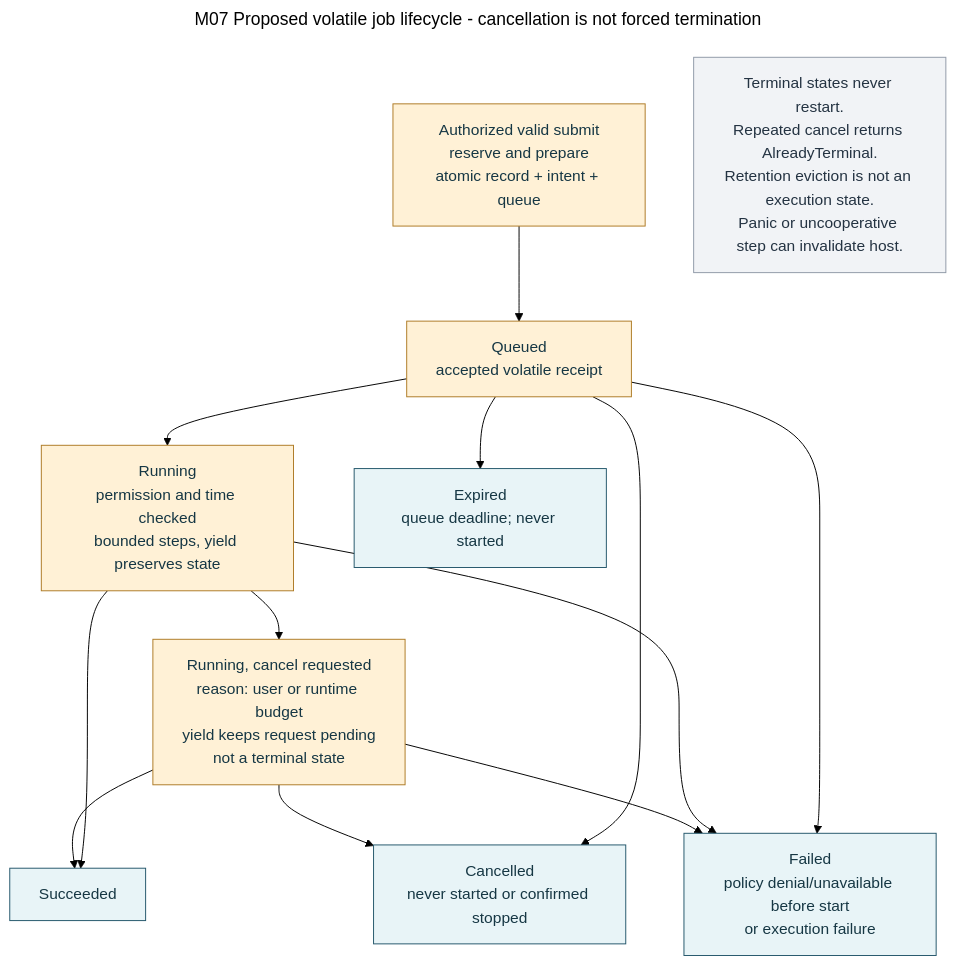
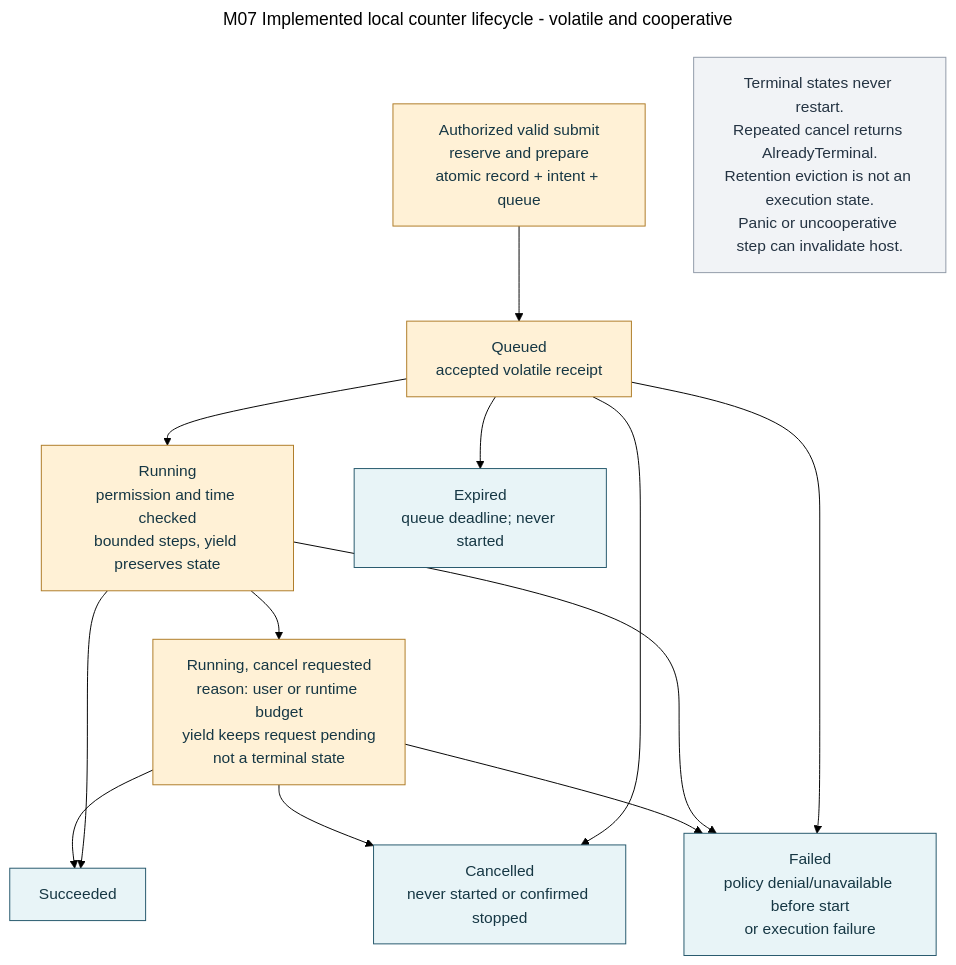
The diagram in docs/architecture/diagrams/mermaid/m07-job-lifecycle.mmd (roachmaster/homelab), drawn with Mermaid (forest theme) before and after one commit. The commit also changed 37 other files, not shown here.

Commit message:
Implement bounded local cooperative jobs through typed shared ingress

```diff
--- a/docs/architecture/diagrams/mermaid/m07-job-lifecycle.mmd
+++ b/docs/architecture/diagrams/mermaid/m07-job-lifecycle.mmd
@@ -1,30 +1,30 @@
 ---
-title: M07 Proposed volatile job lifecycle - cancellation is not forced termination
+title: M07 Implemented local counter lifecycle - volatile and cooperative
 ---
 flowchart TB
     Submit["Authorized valid submit\nreserve and prepare\natomic record + intent + queue"]
     Queued["Queued\naccepted volatile receipt"]
     Running["Running\npermission and time checked\nbounded steps, yield preserves state"]
     Requested["Running, cancel requested\nreason: user or runtime budget\nyield keeps request pending\nnot a terminal state"]
     Success["Succeeded"]
     Failed["Failed\npolicy denial/unavailable before start\nor execution failure"]
     Cancelled["Cancelled\nnever started or confirmed stopped"]
     Expired["Expired\nqueue deadline; never started"]
     Submit --> Queued
     Queued --> Running
     Queued --> Cancelled
     Queued --> Expired
     Queued --> Failed
     Running --> Requested
     Running --> Success
     Running --> Failed
     Requested --> Cancelled
     Requested --> Success
     Requested --> Failed
     Note["Terminal states never restart.\nRepeated cancel returns AlreadyTerminal.\nRetention eviction is not an execution state.\nPanic or uncooperative step can invalidate host."]
     classDef pending fill:#fff1d6,stroke:#ae7b26,color:#163744;
     classDef terminal fill:#e8f4f7,stroke:#24576b,color:#163744;
     classDef note fill:#f1f3f6,stroke:#909aa8,color:#243342;
     class Submit,Queued,Running,Requested pending;
     class Success,Failed,Cancelled,Expired terminal;
     class Note note;
```
